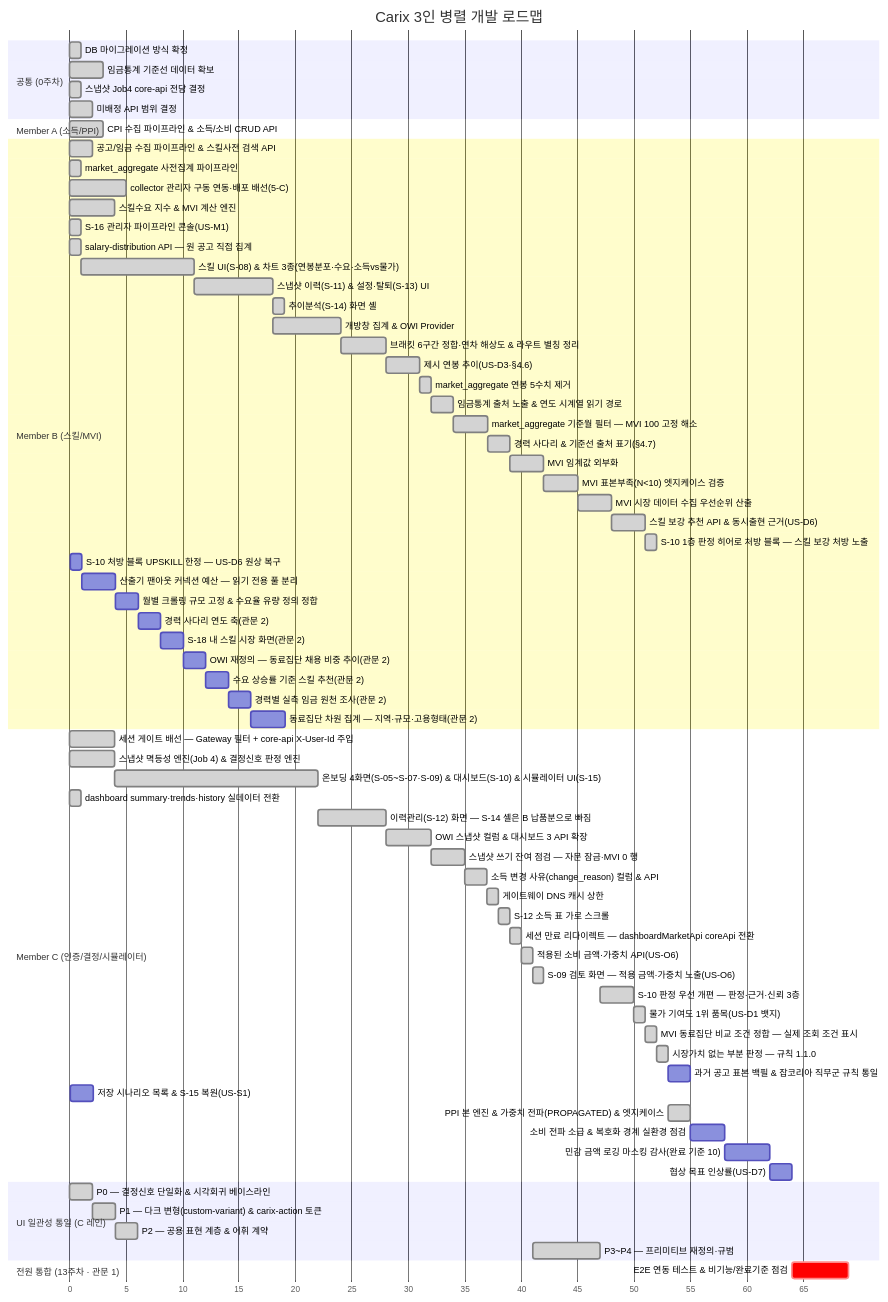
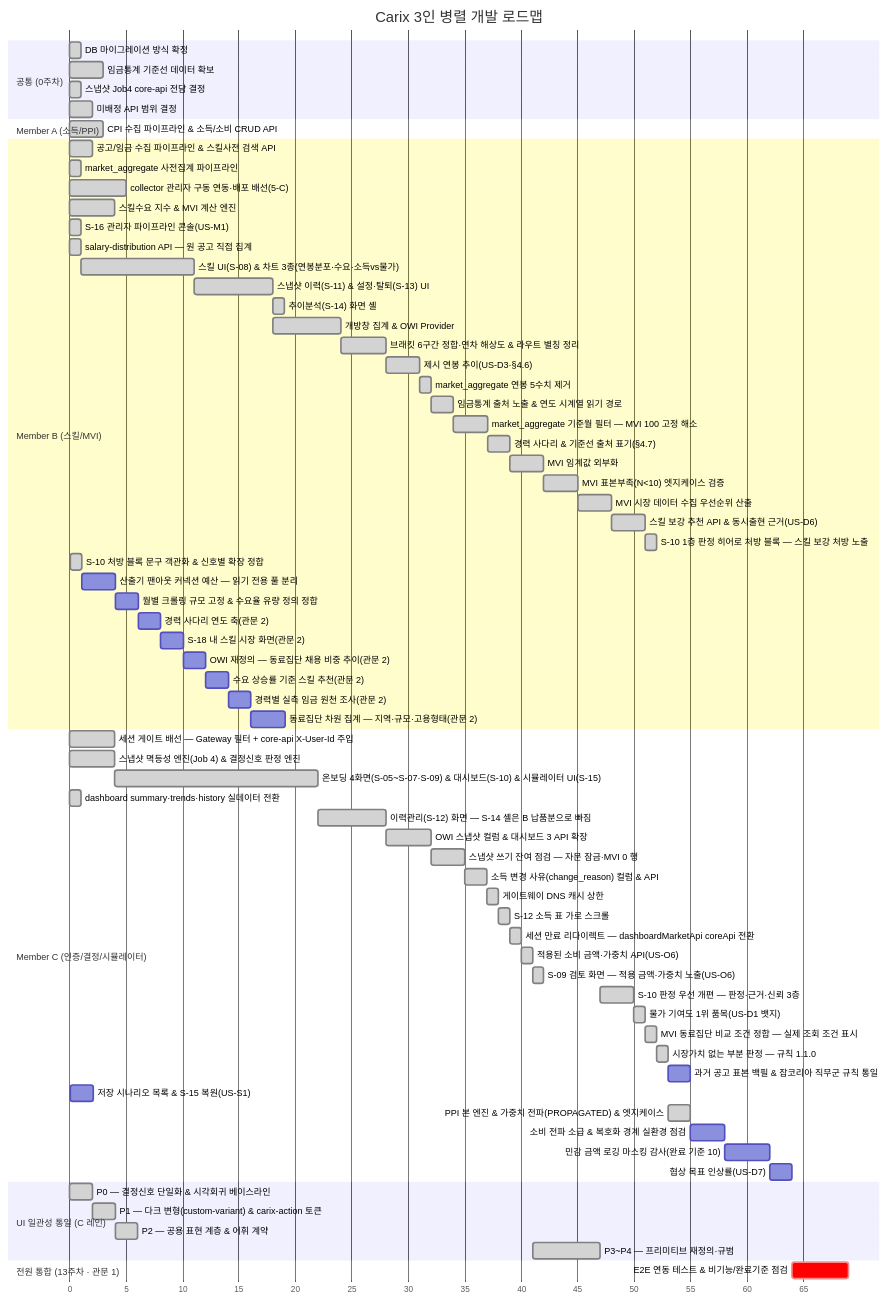
Before and after one commit to SeoHyeokGyu/Carix: the first of 2 diagrams in docs/plans/carix-dev-plan.md, drawn with Mermaid. The commit also changed other lines of this file and 5 other files, not shown here.

First line of the commit message:
feat(frontend): S-10 처방·추천 블록 문구 객관화 및 신호별 추천 유지 (b20)

````diff
--- a/docs/plans/carix-dev-plan.md
+++ b/docs/plans/carix-dev-plan.md
@@ -94,75 +94,75 @@
 ```mermaid
 gantt
     title Carix 3인 병렬 개발 로드맵
     dateFormat X
     axisFormat %s
     section 공통 (0주차)
     DB 마이그레이션 방식 확정 :done, c0a, 0, 1s
     임금통계 기준선 데이터 확보 :done, a0, 3, 3s
     스냅샷 Job4 core-api 전담 결정 :done, i0, 7, 1s
     미배정 API 범위 결정 :done, c0, 7, 2s
     section Member A (소득/PPI)
     CPI 수집 파이프라인 & 소득/소비 CRUD API :done, a1, 12, 3s
     section Member B (스킬/MVI)
     공고/임금 수집 파이프라인 & 스킬사전 검색 API :done, b1, 2, 2s
     market_aggregate 사전집계 파이프라인 :done, b2a, 3, 1s
     collector 관리자 구동 연동·배포 배선(5-C) :done, b0, 7, 5s
     스킬수요 지수 & MVI 계산 엔진 :done, b2, 8, 4s
     S-16 관리자 파이프라인 콘솔(US-M1) :done, b16, 14, 1s
     salary-distribution API — 원 공고 직접 집계 :done, b3a, 15, 1s
     스킬 UI(S-08) & 차트 3종(연봉분포·수요·소득vs물가) :done, b3, after b3a, 10s
     스냅샷 이력(S-11) & 설정·탈퇴(S-13) UI :done, b4, after b3, 7s
     추이분석(S-14) 화면 셸 :done, b4a, after b4, 1s
     개방창 집계 & OWI Provider :done, b6, after b4, 6s
     브래킷 6구간 정합·연차 해상도 & 라우트 별칭 정리 :done, b7, after b6, 4s
     제시 연봉 추이(US-D3·§4.6) :done, b10, after b7, 3s
     market_aggregate 연봉 5수치 제거 :done, b11, after b10, 1s
     임금통계 출처 노출 & 연도 시계열 읽기 경로 :done, b13, after b11, 2s
     market_aggregate 기준월 필터 — MVI 100 고정 해소 :done, b18, after b13, 3s
     경력 사다리 & 기준선 출처 표기(§4.7) :done, b12, after b18, 2s
     MVI 임계값 외부화 :done, b8, after b12, 3s
     MVI 표본부족(N<10) 엣지케이스 검증 :done, b8a, after b8, 3s
     MVI 시장 데이터 수집 우선순위 산출 :done, b8b, after b8a, 3s
     스킬 보강 추천 API & 동시출현 근거(US-D6) :done, b9, after b8b, 3s
     S-10 1층 판정 히어로 처방 블록 — 스킬 보강 처방 노출 :done, b15, after b9, 1s
-    S-10 처방 블록 UPSKILL 한정 — US-D6 원상 복구 :b20, 83, 1s
+    S-10 처방 블록 문구 객관화 & 신호별 확장 정합 :done, b20, 83, 1s
     산출기 팬아웃 커넥션 예산 — 읽기 전용 풀 분리 :b17, after b20, 3s
     월별 크롤링 규모 고정 & 수요율 유량 정의 정합 :b21, after b17, 2s
     경력 사다리 연도 축(관문 2) :b14, after b21, 2s
     S-18 내 스킬 시장 화면(관문 2) :b19, after b14, 2s
     OWI 재정의 — 동료집단 채용 비중 추이(관문 2) :b22, after b19, 2s
     수요 상승률 기준 스킬 추천(관문 2) :b23, after b22, 2s
     경력별 실측 임금 원천 조사(관문 2) :b24, after b23, 2s
     동료집단 차원 집계 — 지역·규모·고용형태(관문 2) :b25, after b24, 3s
     section Member C (인증/결정/시뮬레이터)
     세션 게이트 배선 — Gateway 필터 + core-api X-User-Id 주입 :done, c0b, 7, 4s
     스냅샷 멱등성 엔진(Job 4) & 결정신호 판정 엔진 :done, c2, 8, 4s
     온보딩 4화면(S-05~S-07·S-09) & 대시보드(S-10) & 시뮬레이터 UI(S-15) :done, c3, after c2, 18s
     dashboard summary·trends·history 실데이터 전환 :done, c4a, 15, 1s
     이력관리(S-12) 화면 — S-14 셸은 B 납품분으로 빠짐 :done, c4, after c3, 6s
     OWI 스냅샷 컬럼 & 대시보드 3 API 확장 :done, c6, after c4, 4s
     스냅샷 쓰기 잔여 점검 — 자문 잠금·MVI 0 행 :done, c5, after c6, 3s
     소득 변경 사유(change_reason) 컬럼 & API :done, c10, after c5, 2s
     게이트웨이 DNS 캐시 상한 :done, c7, after c10, 1s
     S-12 소득 표 가로 스크롤 :done, c13, after c7, 1s
     세션 만료 리다이렉트 — dashboardMarketApi coreApi 전환 :done, c16, after c13, 1s
     적용된 소비 금액·가중치 API(US-O6) :done, c11, after c16, 1s
     S-09 검토 화면 — 적용 금액·가중치 노출(US-O6) :done, c17, after c11, 1s
     S-10 판정 우선 개편 — 판정·근거·신뢰 3층 :done, c15, after ui3, 3s
     물가 기여도 1위 품목(US-D1 뱃지) :done, c12, after c15, 1s
     MVI 동료집단 비교 조건 정합 — 실제 조회 조건 표시 :done, c22, after c12, 1s
     시장가치 없는 부분 판정 — 규칙 1.1.0 :done, c23, after c22, 1s
     과거 공고 표본 백필 & 잡코리아 직무군 규칙 통일 :c24, after c23, 2s
     저장 시나리오 목록 & S-15 복원(US-S1) :c9, 83, 2s
     PPI 본 엔진 & 가중치 전파(PROPAGATED) & 엣지케이스 :done, a2, after c23, 2s
     소비 전파 소급 & 복호화 경계 실환경 점검 :a12, after a2 c9, 3s
     민감 금액 로깅 마스킹 감사(완료 기준 10) :a7, after a12, 4s
     협상 목표 인상률(US-D7) :c8, after a7, 2s
     section UI 일관성 통일 (C 레인)
     P0 — 결정신호 단일화 & 시각회귀 베이스라인 :done, ui0, 33, 2s
     P1 — 다크 변형(custom-variant) & carix-action 토큰 :done, ui1, after ui0, 2s
     P2 — 공용 표현 계층 & 어휘 계약 :done, ui2, after ui1, 2s
     P3~P4 — 프리미티브 재정의·규범 :done, ui3, after c11, 6s
     section 전원 통합 (13주차 · 관문 1)
     E2E 연동 테스트 & 비기능/완료기준 점검 :crit, e2e, after b21 c8, 5s
 ```
````
